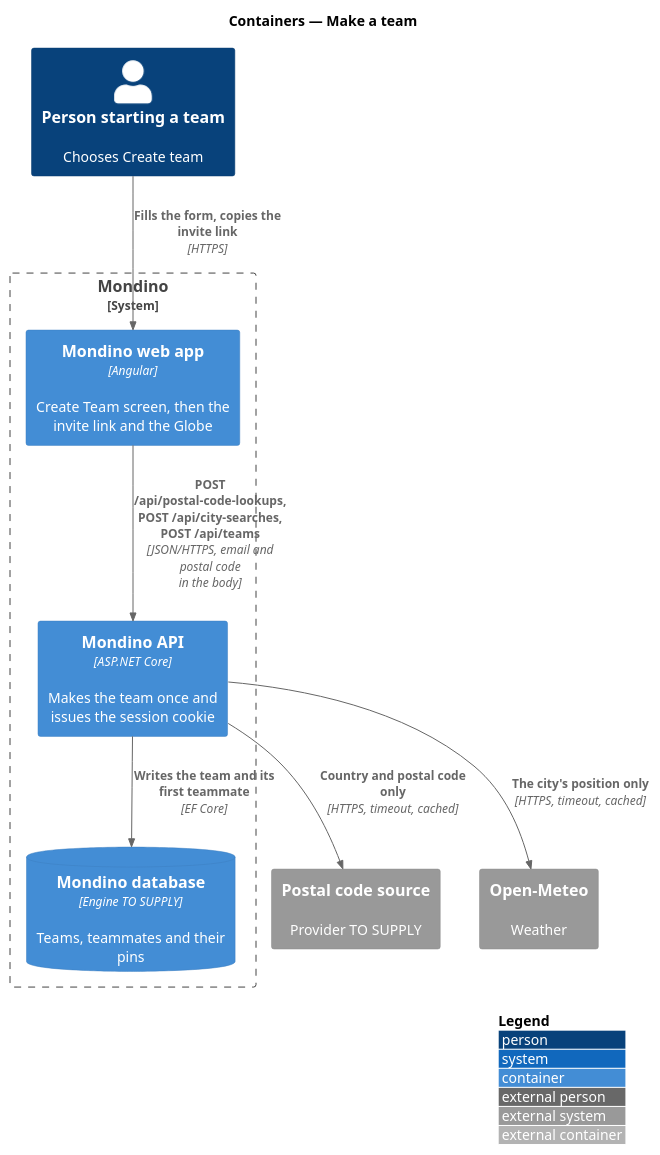
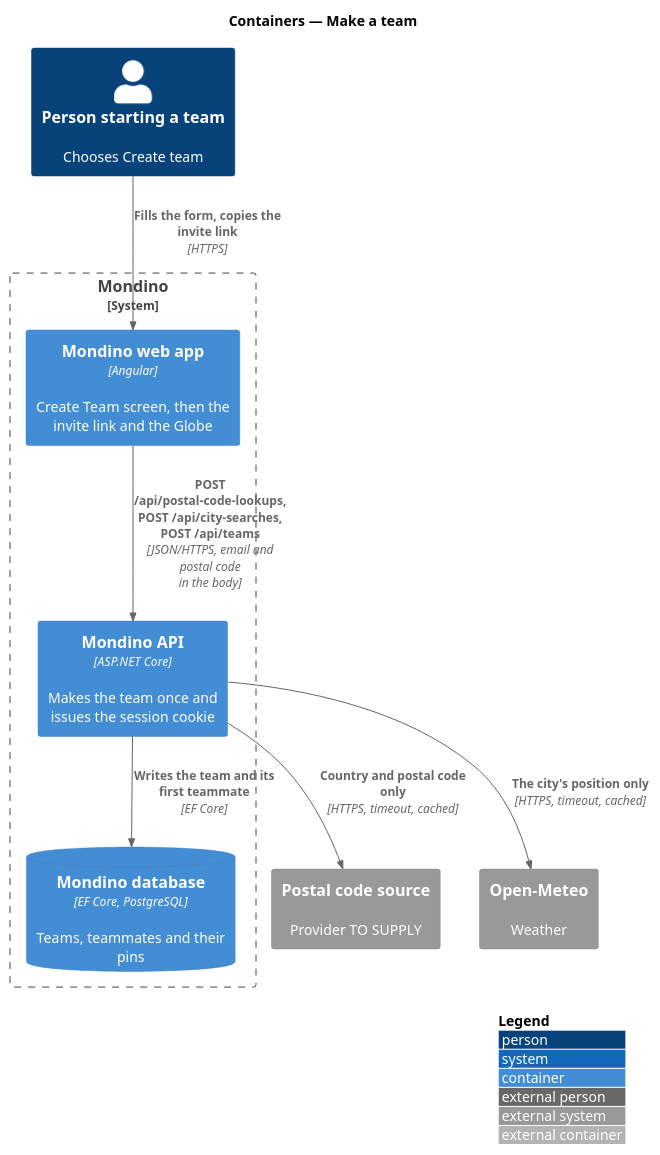
Before and after one commit to QuinntyneBrown/Mondino: the diagram in docs/detailed-designs/joining/make-team/diagrams/c4-container.puml, drawn with PlantUML. The commit also changed 67 other files, not shown here.

```diff
--- a/docs/detailed-designs/joining/make-team/diagrams/c4-container.puml
+++ b/docs/detailed-designs/joining/make-team/diagrams/c4-container.puml
@@ -1,20 +1,20 @@
 @startuml
 !include <C4/C4_Container>
 LAYOUT_WITH_LEGEND()
 title Containers — Make a team
 
 Person(person, "Person starting a team", "Chooses Create team")
 System_Boundary(mondino, "Mondino") {
   Container(web, "Mondino web app", "Angular", "Create Team screen, then the invite link and the Globe")
   Container(api, "Mondino API", "ASP.NET Core", "Makes the team once and issues the session cookie")
-  ContainerDb(db, "Mondino database", "Engine TO SUPPLY", "Teams, teammates and their pins")
+  ContainerDb(db, "Mondino database", "EF Core, PostgreSQL", "Teams, teammates and their pins")
 }
 System_Ext(postal, "Postal code source", "Provider TO SUPPLY")
 System_Ext(weather, "Open-Meteo", "Weather")
 
 Rel(person, web, "Fills the form, copies the invite link", "HTTPS")
 Rel(web, api, "POST /api/postal-code-lookups, POST /api/city-searches, POST /api/teams", "JSON/HTTPS, email and postal code in the body")
 Rel(api, db, "Writes the team and its first teammate", "EF Core")
 Rel(api, postal, "Country and postal code only", "HTTPS, timeout, cached")
 Rel(api, weather, "The city's position only", "HTTPS, timeout, cached")
 @enduml
```
